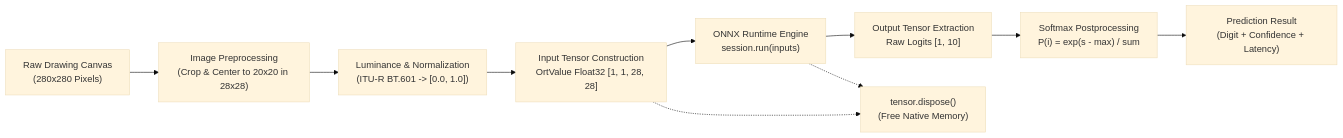
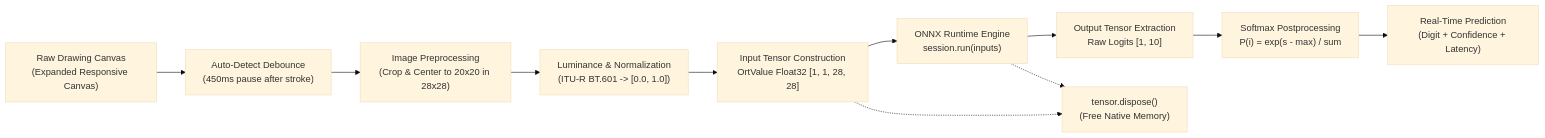
Before and after one commit to ZyadWKhedr/Hand-Written-Digit-Recognition: the diagram in README.md, drawn with Mermaid (base theme). The commit also changed other lines of this file and 13 other files, not shown here.

Commit message:
feat(ui): redesign with Apple HIG aesthetics, enlarged canvas, and stroke auto-detection

````diff
--- a/README.md
+++ b/README.md
@@ -23,12 +23,13 @@
 ```mermaid
 flowchart LR
-    A["Raw Drawing Canvas\n(280x280 Pixels)"] --> B["Image Preprocessing\n(Crop & Center to 20x20 in 28x28)"]
-    B --> C["Luminance & Normalization\n(ITU-R BT.601 -> [0.0, 1.0])"]
-    C --> D["Input Tensor Construction\nOrtValue Float32 [1, 1, 28, 28]"]
-    D --> E["ONNX Runtime Engine\nsession.run(inputs)"]
-    E --> F["Output Tensor Extraction\nRaw Logits [1, 10]"]
-    F --> G["Softmax Postprocessing\nP(i) = exp(s - max) / sum"]
-    G --> H["Prediction Result\n(Digit + Confidence + Latency)"]
-    D -.-> I["tensor.dispose()\n(Free Native Memory)"]
-    E -.-> I
+    A["Raw Drawing Canvas\n(Expanded Responsive Canvas)"] --> B["Auto-Detect Debounce\n(450ms pause after stroke)"]
+    B --> C["Image Preprocessing\n(Crop & Center to 20x20 in 28x28)"]
+    C --> D["Luminance & Normalization\n(ITU-R BT.601 -> [0.0, 1.0])"]
+    D --> E["Input Tensor Construction\nOrtValue Float32 [1, 1, 28, 28]"]
+    E --> F["ONNX Runtime Engine\nsession.run(inputs)"]
+    F --> G["Output Tensor Extraction\nRaw Logits [1, 10]"]
+    G --> H["Softmax Postprocessing\nP(i) = exp(s - max) / sum"]
+    H --> I["Real-Time Prediction\n(Digit + Confidence + Latency)"]
+    E -.-> J["tensor.dispose()\n(Free Native Memory)"]
+    F -.-> J
 ```
````
